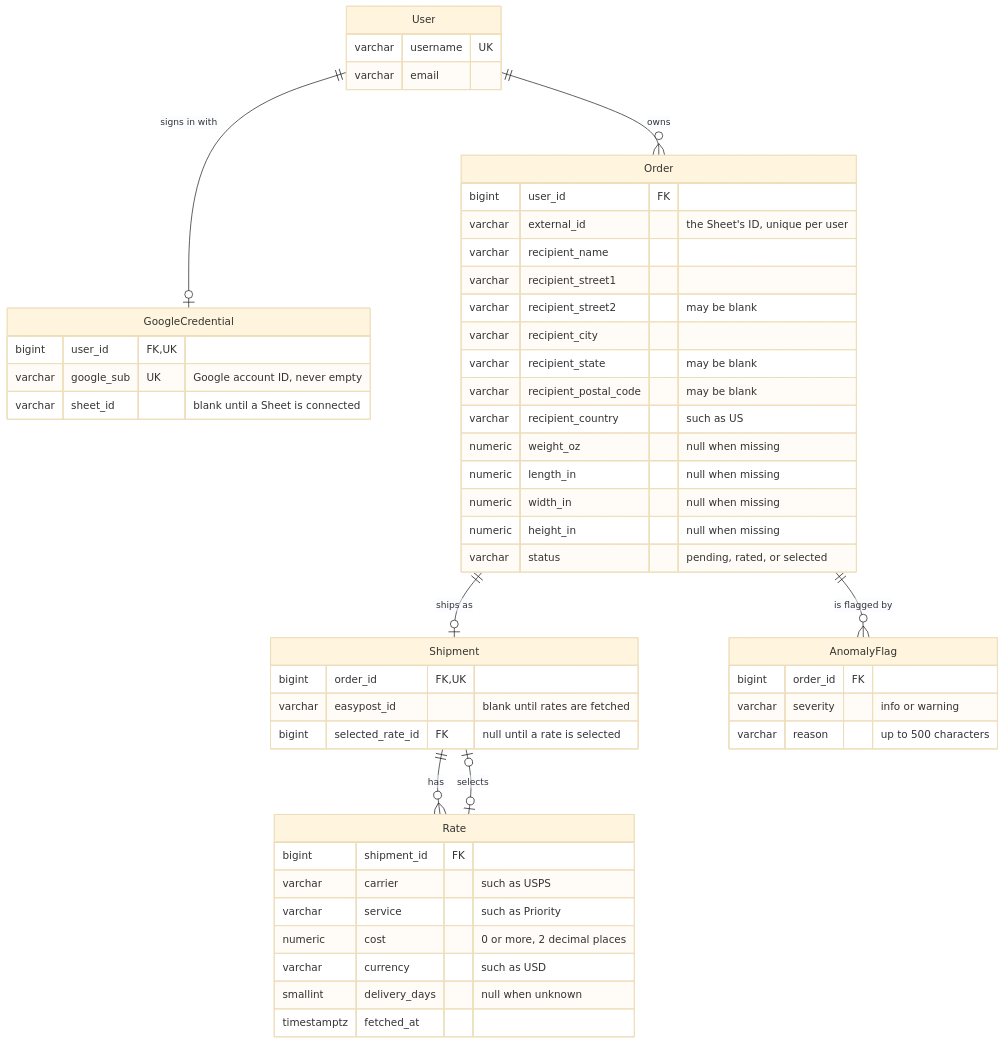
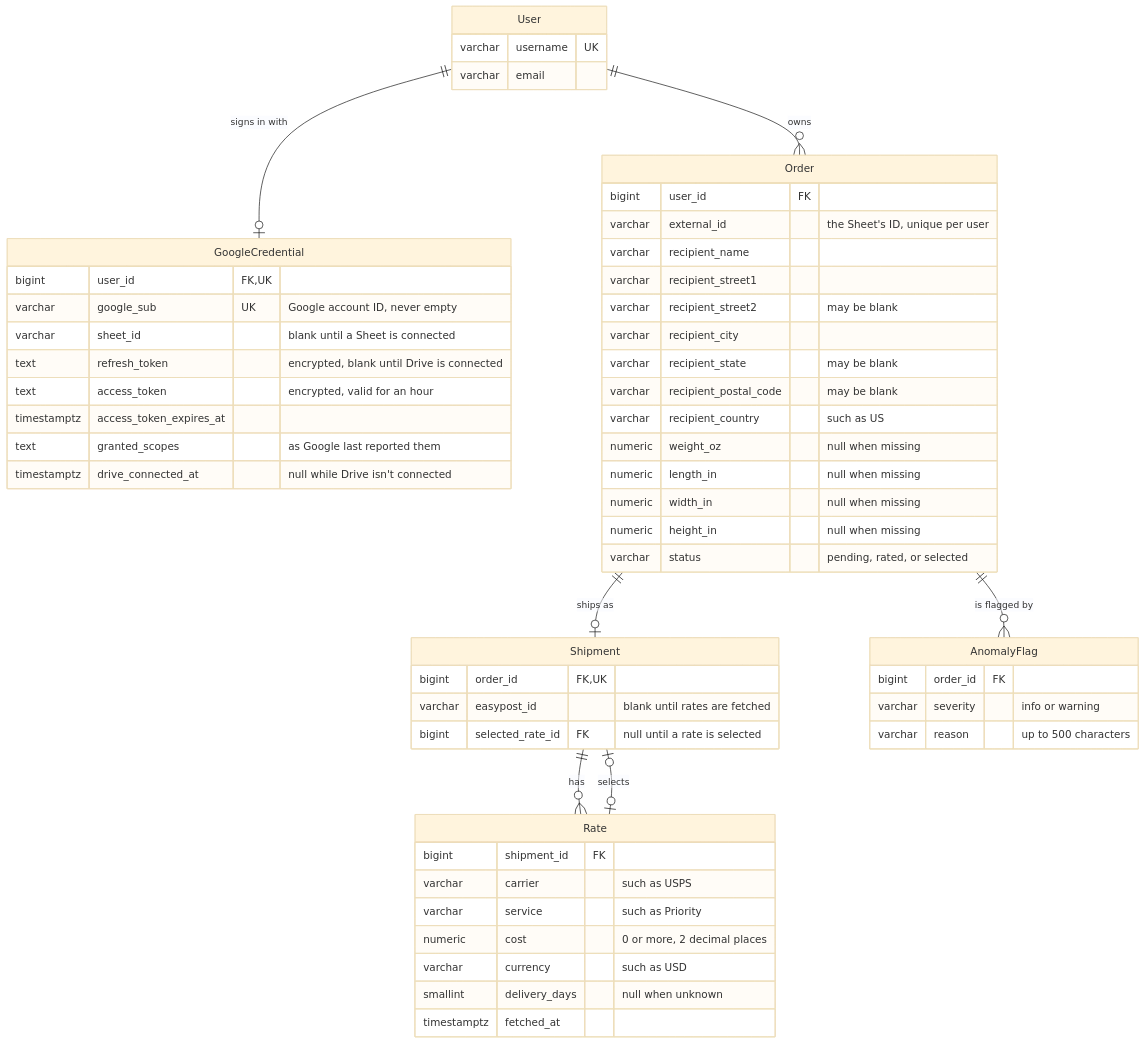
Before and after one commit to ValentinCasanova/shipscope: the diagram in README.md, drawn with Mermaid (base theme). The commit also changed other lines of this file and 28 other files, not shown here.

Commit message:
feat: connect Google Drive with encrypted, refreshable tokens (#8)

````diff
--- a/README.md
+++ b/README.md
@@ -200,54 +212,59 @@
 ```mermaid
 erDiagram
     User ||--o| GoogleCredential : "signs in with"
     User ||--o{ Order : owns
     Order ||--o| Shipment : "ships as"
     Order ||--o{ AnomalyFlag : "is flagged by"
     Shipment ||--o{ Rate : has
     Shipment |o--o| Rate : selects
 
     User {
         varchar username UK
         varchar email
     }
     GoogleCredential {
         bigint user_id FK, UK
         varchar google_sub UK "Google account ID, never empty"
         varchar sheet_id "blank until a Sheet is connected"
+        text refresh_token "encrypted, blank until Drive is connected"
+        text access_token "encrypted, valid for an hour"
+        timestamptz access_token_expires_at
+        text granted_scopes "as Google last reported them"
+        timestamptz drive_connected_at "null while Drive isn't connected"
     }
     Order {
         bigint user_id FK
         varchar external_id "the Sheet's ID, unique per user"
         varchar recipient_name
         varchar recipient_street1
         varchar recipient_street2 "may be blank"
         varchar recipient_city
         varchar recipient_state "may be blank"
         varchar recipient_postal_code "may be blank"
         varchar recipient_country "such as US"
         numeric weight_oz "null when missing"
         numeric length_in "null when missing"
         numeric width_in "null when missing"
         numeric height_in "null when missing"
         varchar status "pending, rated, or selected"
     }
     Shipment {
         bigint order_id FK, UK
         varchar easypost_id "blank until rates are fetched"
         bigint selected_rate_id FK "null until a rate is selected"
     }
     Rate {
         bigint shipment_id FK
         varchar carrier "such as USPS"
         varchar service "such as Priority"
         numeric cost "0 or more, 2 decimal places"
         varchar currency "such as USD"
         smallint delivery_days "null when unknown"
         timestamptz fetched_at
     }
     AnomalyFlag {
         bigint order_id FK
         varchar severity "info or warning"
         varchar reason "up to 500 characters"
     }
 ```
````
